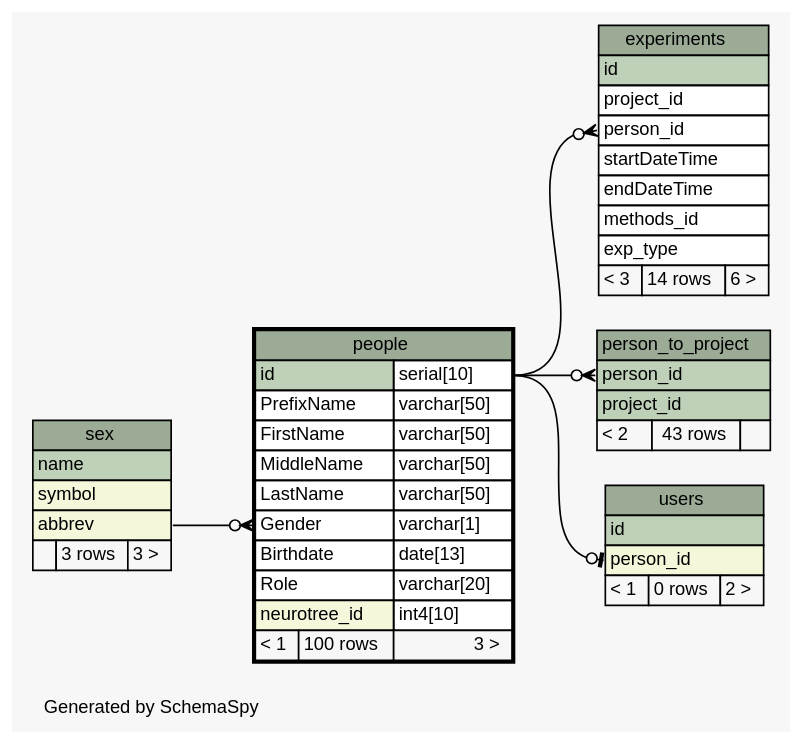
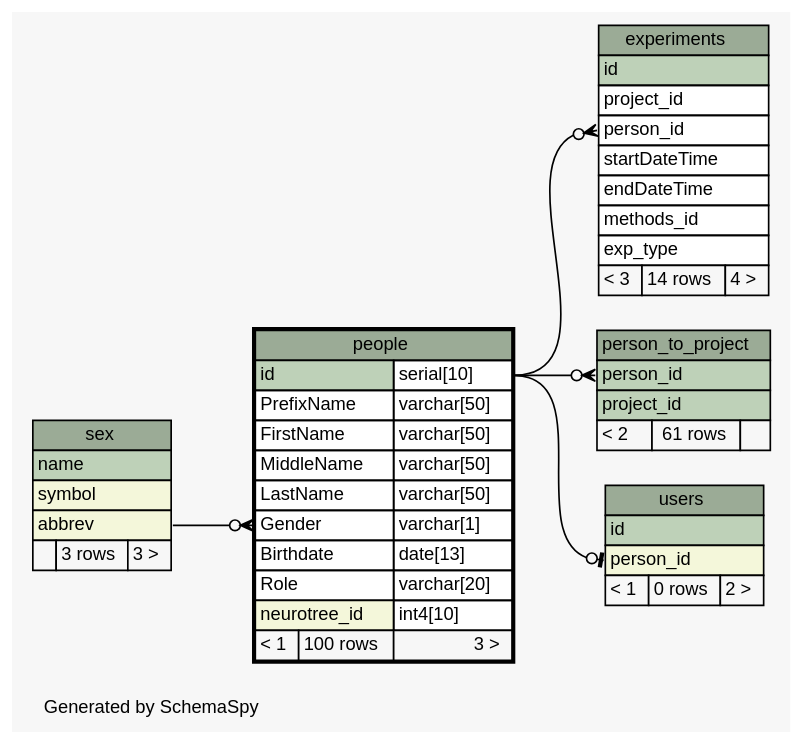
One commit to tgbugs/mlab changed the diagram in database/ss/diagrams/people.1degree.dot. Above: the diagram before and after it, drawn with Graphviz. The commit also changed 193 other files, not shown here.

```diff
--- a/database/ss/diagrams/people.1degree.dot
+++ b/database/ss/diagrams/people.1degree.dot
@@ -1,94 +1,94 @@
 // dot 2.34.0 on Windows 7 6.1
 // SchemaSpy rev 590
 digraph "oneDegreeRelationshipsDiagram" {
   graph [
     rankdir="RL"
     bgcolor="#f7f7f7"
     label="\nGenerated by SchemaSpy"
     labeljust="l"
     nodesep="0.18"
     ranksep="0.46"
     fontname="Helvetica"
     fontsize="11"
   ];
   node [
     fontname="Helvetica"
     fontsize="11"
     shape="plaintext"
   ];
   edge [
     arrowsize="0.8"
   ];
   "experiments":"person_id":w -> "people":"id.type":e [arrowhead=none dir=back arrowtail=crowodot];
   "people":"Gender":w -> "sex":"abbrev":e [arrowhead=none dir=back arrowtail=crowodot];
   "person_to_project":"person_id":w -> "people":"id.type":e [arrowhead=none dir=back arrowtail=crowodot];
   "users":"person_id":w -> "people":"id.type":e [arrowhead=none dir=back arrowtail=teeodot];
   "experiments" [
     label=<
     <TABLE BORDER="0" CELLBORDER="1" CELLSPACING="0" BGCOLOR="#ffffff">
       <TR><TD COLSPAN="3" BGCOLOR="#9bab96" ALIGN="CENTER">experiments</TD></TR>
       <TR><TD PORT="id" COLSPAN="3" BGCOLOR="#bed1b8" ALIGN="LEFT">id</TD></TR>
       <TR><TD PORT="project_id" COLSPAN="3" ALIGN="LEFT">project_id</TD></TR>
       <TR><TD PORT="person_id" COLSPAN="3" ALIGN="LEFT">person_id</TD></TR>
       <TR><TD PORT="startDateTime" COLSPAN="3" ALIGN="LEFT">startDateTime</TD></TR>
       <TR><TD PORT="endDateTime" COLSPAN="3" ALIGN="LEFT">endDateTime</TD></TR>
       <TR><TD PORT="methods_id" COLSPAN="3" ALIGN="LEFT">methods_id</TD></TR>
       <TR><TD PORT="exp_type" COLSPAN="3" ALIGN="LEFT">exp_type</TD></TR>
-      <TR><TD ALIGN="LEFT" BGCOLOR="#f7f7f7">&lt; 3</TD><TD ALIGN="RIGHT" BGCOLOR="#f7f7f7">14 rows</TD><TD ALIGN="RIGHT" BGCOLOR="#f7f7f7">6 &gt;</TD></TR>
+      <TR><TD ALIGN="LEFT" BGCOLOR="#f7f7f7">&lt; 3</TD><TD ALIGN="RIGHT" BGCOLOR="#f7f7f7">14 rows</TD><TD ALIGN="RIGHT" BGCOLOR="#f7f7f7">4 &gt;</TD></TR>
     </TABLE>>
     URL="experiments.html"
     tooltip="experiments"
   ];
   "people" [
     label=<
     <TABLE BORDER="2" CELLBORDER="1" CELLSPACING="0" BGCOLOR="#ffffff">
       <TR><TD COLSPAN="3" BGCOLOR="#9bab96" ALIGN="CENTER">people</TD></TR>
       <TR><TD PORT="id" COLSPAN="2" BGCOLOR="#bed1b8" ALIGN="LEFT">id</TD><TD PORT="id.type" ALIGN="LEFT">serial[10]</TD></TR>
       <TR><TD PORT="PrefixName" COLSPAN="2" ALIGN="LEFT">PrefixName</TD><TD PORT="PrefixName.type" ALIGN="LEFT">varchar[50]</TD></TR>
       <TR><TD PORT="FirstName" COLSPAN="2" ALIGN="LEFT">FirstName</TD><TD PORT="FirstName.type" ALIGN="LEFT">varchar[50]</TD></TR>
       <TR><TD PORT="MiddleName" COLSPAN="2" ALIGN="LEFT">MiddleName</TD><TD PORT="MiddleName.type" ALIGN="LEFT">varchar[50]</TD></TR>
       <TR><TD PORT="LastName" COLSPAN="2" ALIGN="LEFT">LastName</TD><TD PORT="LastName.type" ALIGN="LEFT">varchar[50]</TD></TR>
       <TR><TD PORT="Gender" COLSPAN="2" ALIGN="LEFT">Gender</TD><TD PORT="Gender.type" ALIGN="LEFT">varchar[1]</TD></TR>
       <TR><TD PORT="Birthdate" COLSPAN="2" ALIGN="LEFT">Birthdate</TD><TD PORT="Birthdate.type" ALIGN="LEFT">date[13]</TD></TR>
       <TR><TD PORT="Role" COLSPAN="2" ALIGN="LEFT">Role</TD><TD PORT="Role.type" ALIGN="LEFT">varchar[20]</TD></TR>
       <TR><TD PORT="neurotree_id" COLSPAN="2" BGCOLOR="#f4f7da" ALIGN="LEFT">neurotree_id</TD><TD PORT="neurotree_id.type" ALIGN="LEFT">int4[10]</TD></TR>
       <TR><TD ALIGN="LEFT" BGCOLOR="#f7f7f7">&lt; 1</TD><TD ALIGN="RIGHT" BGCOLOR="#f7f7f7">100 rows</TD><TD ALIGN="RIGHT" BGCOLOR="#f7f7f7">3 &gt;</TD></TR>
     </TABLE>>
     URL="people.html"
     tooltip="people"
   ];
   "person_to_project" [
     label=<
     <TABLE BORDER="0" CELLBORDER="1" CELLSPACING="0" BGCOLOR="#ffffff">
       <TR><TD COLSPAN="3" BGCOLOR="#9bab96" ALIGN="CENTER">person_to_project</TD></TR>
       <TR><TD PORT="person_id" COLSPAN="3" BGCOLOR="#bed1b8" ALIGN="LEFT">person_id</TD></TR>
       <TR><TD PORT="project_id" COLSPAN="3" BGCOLOR="#bed1b8" ALIGN="LEFT">project_id</TD></TR>
-      <TR><TD ALIGN="LEFT" BGCOLOR="#f7f7f7">&lt; 2</TD><TD ALIGN="RIGHT" BGCOLOR="#f7f7f7">43 rows</TD><TD ALIGN="RIGHT" BGCOLOR="#f7f7f7">  </TD></TR>
+      <TR><TD ALIGN="LEFT" BGCOLOR="#f7f7f7">&lt; 2</TD><TD ALIGN="RIGHT" BGCOLOR="#f7f7f7">61 rows</TD><TD ALIGN="RIGHT" BGCOLOR="#f7f7f7">  </TD></TR>
     </TABLE>>
     URL="person_to_project.html"
     tooltip="person_to_project"
   ];
   "sex" [
     label=<
     <TABLE BORDER="0" CELLBORDER="1" CELLSPACING="0" BGCOLOR="#ffffff">
       <TR><TD COLSPAN="3" BGCOLOR="#9bab96" ALIGN="CENTER">sex</TD></TR>
       <TR><TD PORT="name" COLSPAN="3" BGCOLOR="#bed1b8" ALIGN="LEFT">name</TD></TR>
       <TR><TD PORT="symbol" COLSPAN="3" BGCOLOR="#f4f7da" ALIGN="LEFT">symbol</TD></TR>
       <TR><TD PORT="abbrev" COLSPAN="3" BGCOLOR="#f4f7da" ALIGN="LEFT">abbrev</TD></TR>
       <TR><TD ALIGN="LEFT" BGCOLOR="#f7f7f7">  </TD><TD ALIGN="RIGHT" BGCOLOR="#f7f7f7">3 rows</TD><TD ALIGN="RIGHT" BGCOLOR="#f7f7f7">3 &gt;</TD></TR>
     </TABLE>>
     URL="sex.html"
     tooltip="sex"
   ];
   "users" [
     label=<
     <TABLE BORDER="0" CELLBORDER="1" CELLSPACING="0" BGCOLOR="#ffffff">
       <TR><TD COLSPAN="3" BGCOLOR="#9bab96" ALIGN="CENTER">users</TD></TR>
       <TR><TD PORT="id" COLSPAN="3" BGCOLOR="#bed1b8" ALIGN="LEFT">id</TD></TR>
       <TR><TD PORT="person_id" COLSPAN="3" BGCOLOR="#f4f7da" ALIGN="LEFT">person_id</TD></TR>
       <TR><TD ALIGN="LEFT" BGCOLOR="#f7f7f7">&lt; 1</TD><TD ALIGN="RIGHT" BGCOLOR="#f7f7f7">0 rows</TD><TD ALIGN="RIGHT" BGCOLOR="#f7f7f7">2 &gt;</TD></TR>
     </TABLE>>
     URL="users.html"
     tooltip="users"
   ];
 }
```
